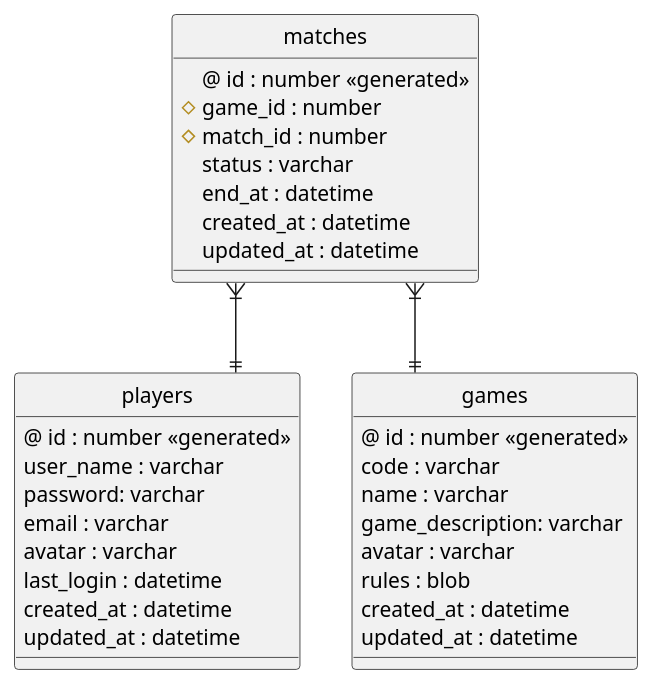
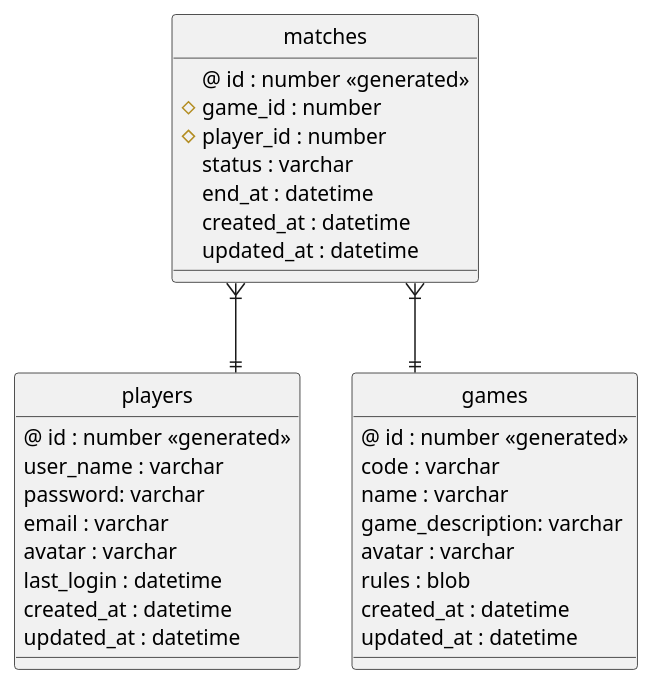
The diagram in docs/diagrams/model/der.puml (LeoLuiten/presentation), drawn with PlantUML before and after one commit. The commit also changed 9 other files, not shown here.

```diff
--- a/docs/diagrams/model/der.puml
+++ b/docs/diagrams/model/der.puml
@@ -1,44 +1,44 @@
 @startuml
 
 ' hide the spot
 hide circle
 
 ' avoid problems with angled crows feet
 skinparam linetype ortho
 
 entity "players" {
     @ id : number <<generated>>
     user_name : varchar
     password: varchar
     email : varchar
     avatar : varchar
     last_login : datetime
     created_at : datetime
     updated_at : datetime
 }
 
 entity "games" {
     @ id : number <<generated>>
     code : varchar
     name : varchar
     game_description: varchar
     avatar : varchar
     rules : blob
     created_at : datetime
     updated_at : datetime
 }
 
 entity "matches" {
     @ id : number <<generated>>
     # game_id : number
-    # match_id : number
+    # player_id : number
     status : varchar
     end_at : datetime
     created_at : datetime
     updated_at : datetime
 }
 
 matches }|--|| players
 matches }|--|| games
 
 @enduml
```
